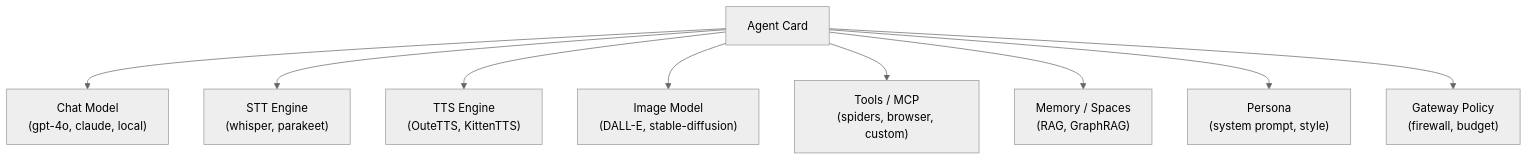
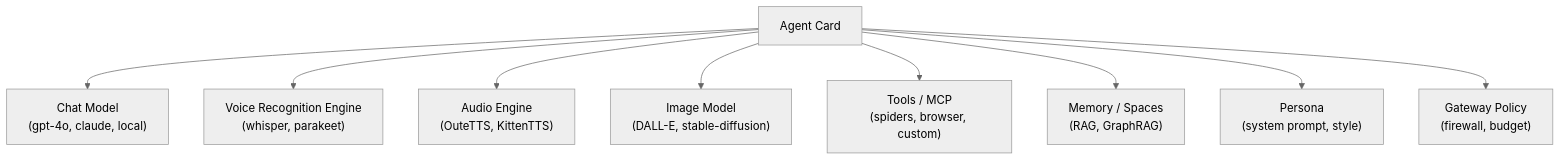
Before and after one commit to amajorai/ryu-docs: the fourth of 4 diagrams in content/docs/start-here/architecture/runnable-model.mdx, drawn with Mermaid (neutral theme). The commit also changed other lines of this file and 317 other files, not shown here.

````diff
--- a/content/docs/start-here/architecture/runnable-model.mdx
+++ b/content/docs/start-here/architecture/runnable-model.mdx
@@ -149,14 +147,14 @@
 ```mermaid
 flowchart TB
   Agent["Agent Card"]
   Chat["Chat Model\n(gpt-4o, claude, local)"]
-  STT["STT Engine\n(whisper, parakeet)"]
-  TTS["TTS Engine\n(OuteTTS, KittenTTS)"]
+  VoiceRecognition["Voice Recognition Engine\n(whisper, parakeet)"]
+  Audio["Audio Engine\n(OuteTTS, KittenTTS)"]
   IMG["Image Model\n(DALL-E, stable-diffusion)"]
   Tools["Tools / MCP\n(spiders, browser, custom)"]
   Mem["Memory / Spaces\n(RAG, GraphRAG)"]
   Persona["Persona\n(system prompt, style)"]
   Policy["Gateway Policy\n(firewall, budget)"]
 
-  Agent --> Chat & STT & TTS & IMG & Tools & Mem & Persona & Policy
+  Agent --> Chat & VoiceRecognition & Audio & IMG & Tools & Mem & Persona & Policy
 ```
````
